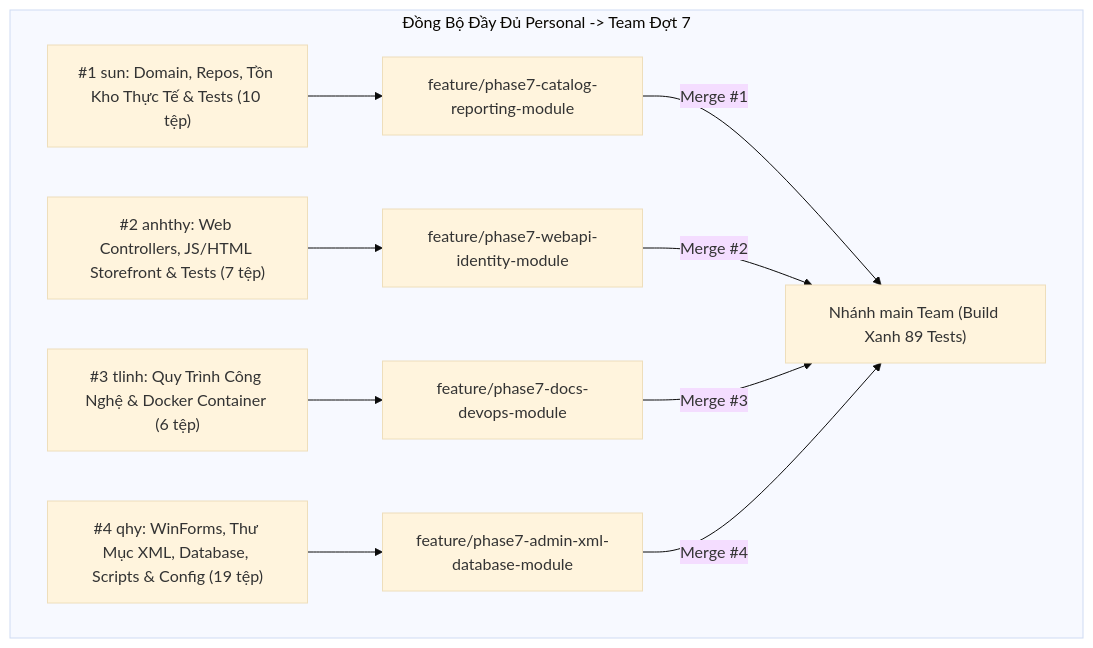
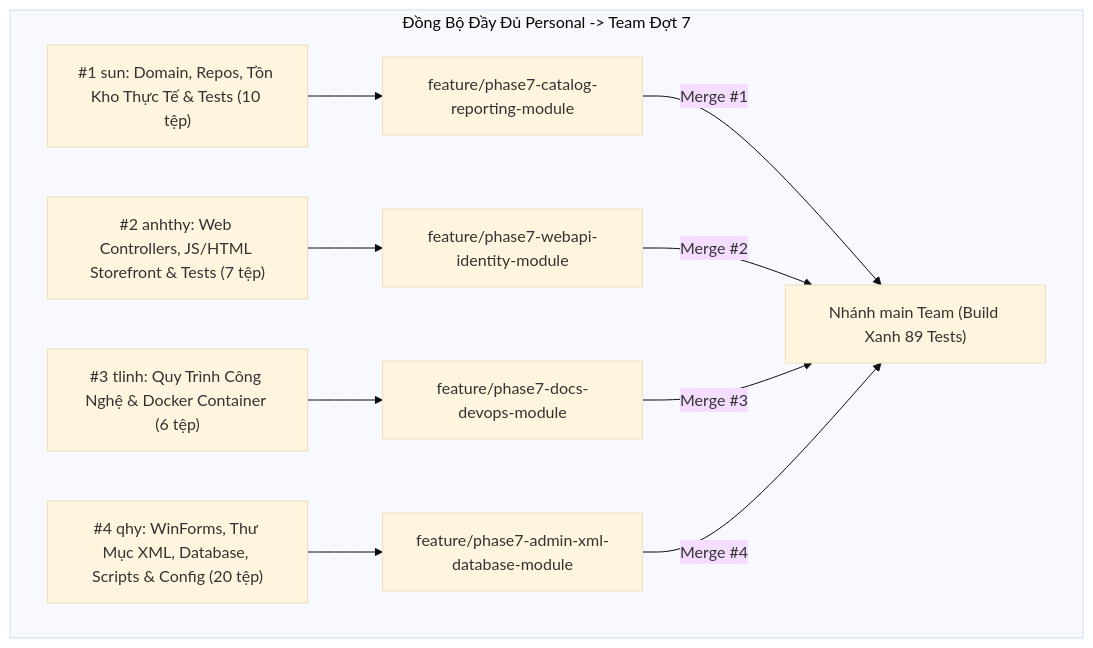
The first of 4 diagrams in scheduleCommit.md (sunsun0209s/Blink_Blink_Jewelry_Personal), drawn with Mermaid (base theme) before and after one commit. The commit also changed other lines of this file and 2 other files, not shown here.

Commit message:
feat(database-connect): ho tro tu dong nhan dien sqlexpress va cap nhat schedulecommit cho qhy

````diff
--- a/scheduleCommit.md
+++ b/scheduleCommit.md
@@ -133,13 +133,13 @@
 ```mermaid
 flowchart TD
     subgraph Phase7Run["Đồng Bộ Đầy Đủ Personal -> Team Đợt 7"]
         A["#1 sun: Domain, Repos, Tồn Kho Thực Tế & Tests (10 tệp)"] --> A_branch["feature/phase7-catalog-reporting-module"]
         B["#2 anhthy: Web Controllers, JS/HTML Storefront & Tests (7 tệp)"] --> B_branch["feature/phase7-webapi-identity-module"]
         C["#3 tlinh: Quy Trình Công Nghệ & Docker Container (6 tệp)"] --> C_branch["feature/phase7-docs-devops-module"]
-        D["#4 qhy: WinForms, Thư Mục XML, Database, Scripts & Config (19 tệp)"] --> D_branch["feature/phase7-admin-xml-database-module"]
+        D["#4 qhy: WinForms, Thư Mục XML, Database, Scripts & Config (20 tệp)"] --> D_branch["feature/phase7-admin-xml-database-module"]
         A_branch -->|Merge #1| MAIN["Nhánh main Team (Build Xanh 89 Tests)"]
         B_branch -->|Merge #2| MAIN
         C_branch -->|Merge #3| MAIN
         D_branch -->|Merge #4| MAIN
     end
 ```
````
